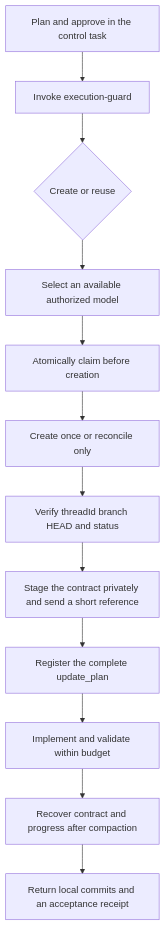
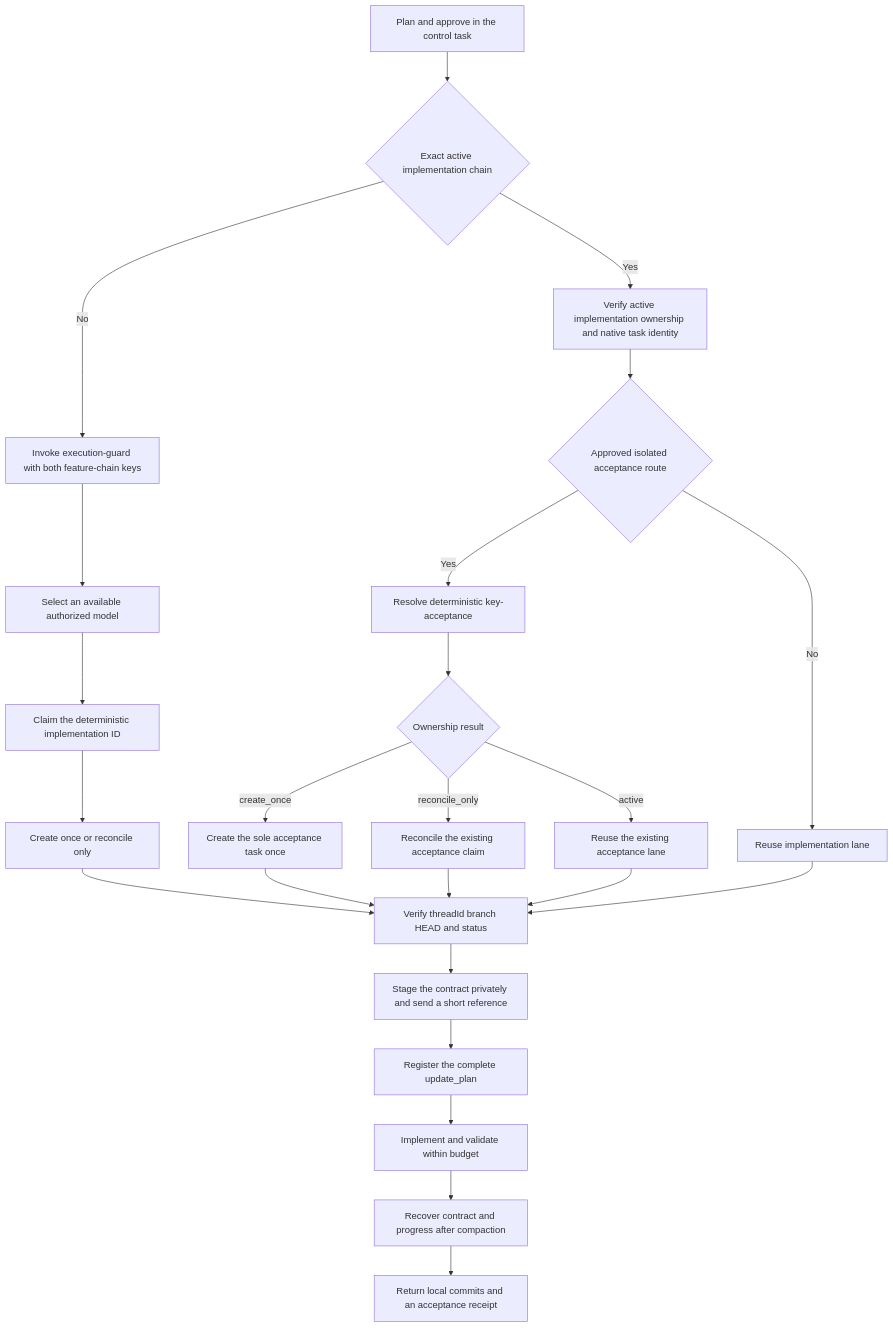
One commit to AKin-lvyifang/codex-execution-guard changed the diagram in README.en.md. Above: the diagram before and after it, drawn with Mermaid. The commit also changed other lines of this file and 8 other files, not shown here.

Commit message:
fix: gate Guard routing on explicit control intent

````diff
--- a/README.en.md
+++ b/README.en.md
@@ -79,14 +85,26 @@
 ```mermaid
 flowchart TD
-    A[Plan and approve in the control task] --> B[Invoke execution-guard]
-    B --> C{Create or reuse}
+    A[Plan and approve in the control task] --> B{Exact active implementation chain}
+    B -->|No| C[Invoke execution-guard with both feature-chain keys]
     C --> D[Select an available authorized model]
-    D --> E[Atomically claim before creation]
+    D --> E[Claim the deterministic implementation ID]
     E --> F[Create once or reconcile only]
     F --> G[Verify threadId branch HEAD and status]
+    B -->|Yes| R[Verify active implementation ownership and native task identity]
+    R --> Q{Approved isolated acceptance route}
+    Q -->|No| U[Reuse implementation lane]
+    Q -->|Yes| AC[Resolve deterministic key-acceptance]
+    AC --> AR{Ownership result}
+    AR -->|create_once| AT[Create the sole acceptance task once]
+    AR -->|reconcile_only| AQ[Reconcile the existing acceptance claim]
+    AR -->|active| AU[Reuse the existing acceptance lane]
+    AT --> G
+    AQ --> G
+    AU --> G
+    U --> G
     G --> X[Stage the contract privately and send a short reference]
     X --> H[Register the complete update_plan]
     H --> I[Implement and validate within budget]
     I --> J[Recover contract and progress after compaction]
     J --> K[Return local commits and an acceptance receipt]
 ```
````
